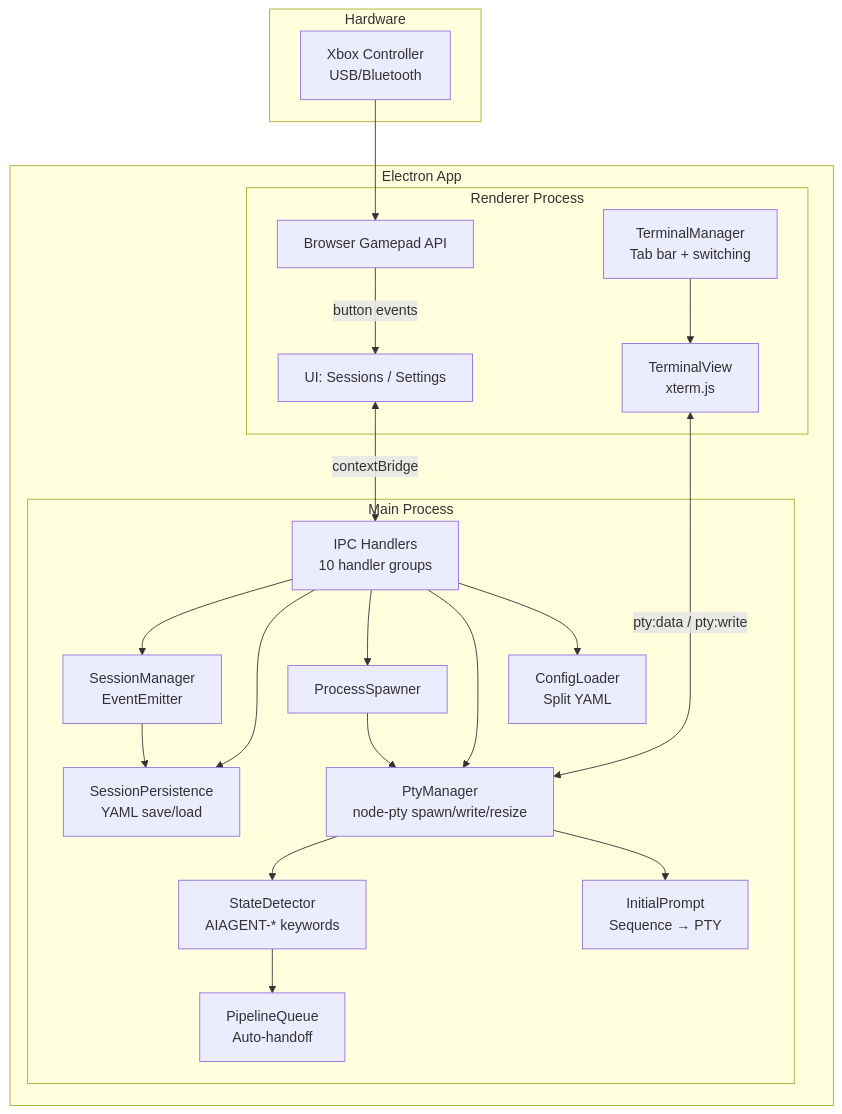
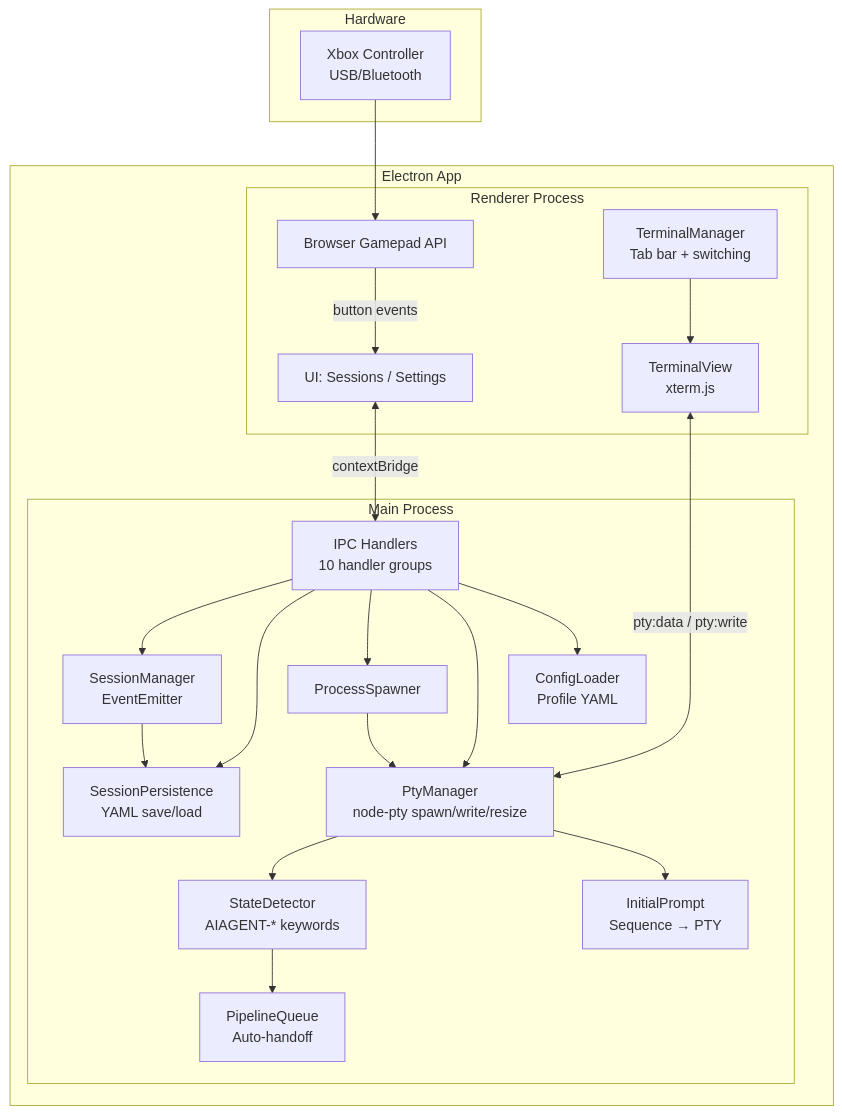
The first of 3 diagrams in .github/copilot-instructions.md (PetePeter/gamepad-cli-hub), drawn with Mermaid before and after one commit. The commit also changed other lines of this file and 7 other files, not shown here.

First line of the commit message:
feat: merge tools & directories into self-contained profile YAML

````diff
--- a/.github/copilot-instructions.md
+++ b/.github/copilot-instructions.md
@@ -11,44 +11,44 @@
 ```mermaid
 graph TB
     subgraph Hardware
         XC[Xbox Controller<br/>USB/Bluetooth]
     end
 
     subgraph "Electron App"
         subgraph "Renderer Process"
             UI[UI: Sessions / Settings]
             BGA[Browser Gamepad API]
             TM[TerminalManager<br/>Tab bar + switching]
             TV[TerminalView<br/>xterm.js]
         end
 
         subgraph "Main Process"
             IPC[IPC Handlers<br/>10 handler groups]
             SM[SessionManager<br/>EventEmitter]
             SP[SessionPersistence<br/>YAML save/load]
             PS[ProcessSpawner]
             PTY[PtyManager<br/>node-pty spawn/write/resize]
             SD[StateDetector<br/>AIAGENT-* keywords]
             PQ[PipelineQueue<br/>Auto-handoff]
             IP[InitialPrompt<br/>Sequence → PTY]
-            CL[ConfigLoader<br/>Split YAML]
+            CL[ConfigLoader<br/>Profile YAML]
         end
 
         UI <-->|contextBridge| IPC
         BGA -->|button events| UI
         TM --> TV
         TV <-->|pty:data / pty:write| PTY
     end
 
     XC --> BGA
     IPC --> SM
     IPC --> SP
     IPC --> PS
     IPC --> PTY
     IPC --> CL
     SM --> SP
     PS --> PTY
     PTY --> SD
     SD --> PQ
     PTY --> IP
 ```
````
